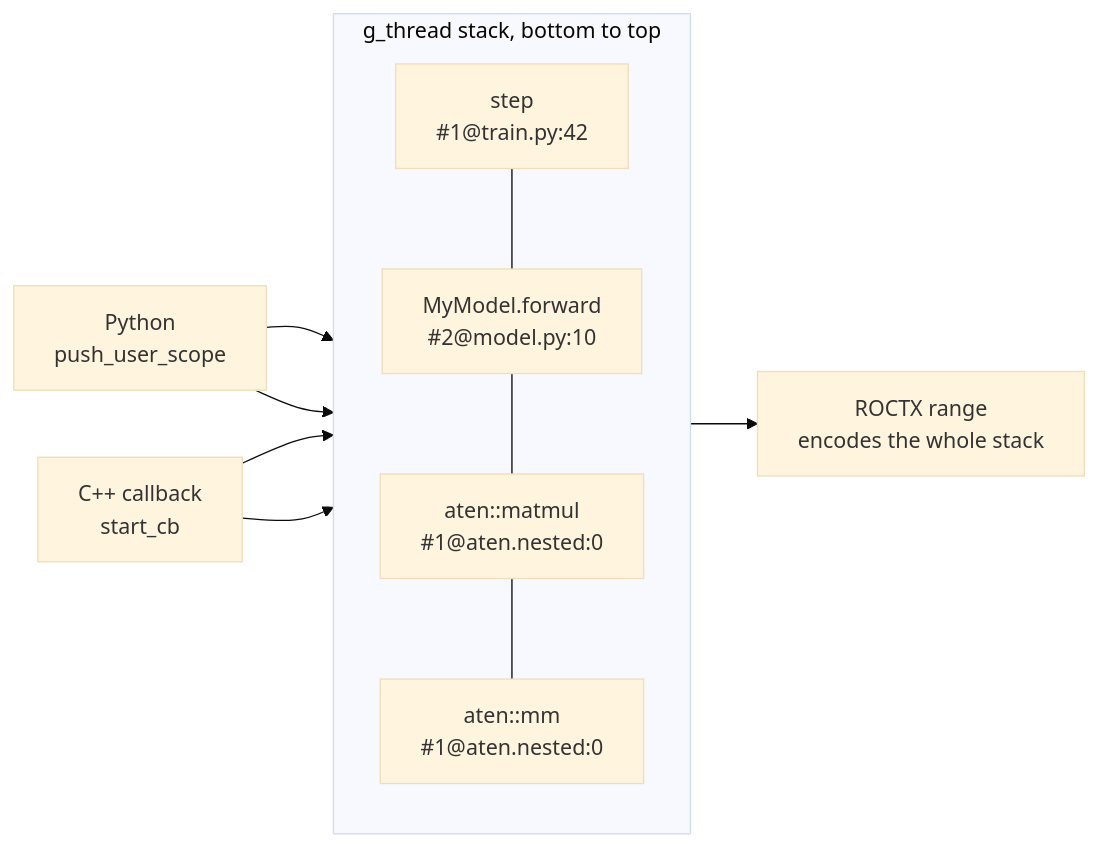
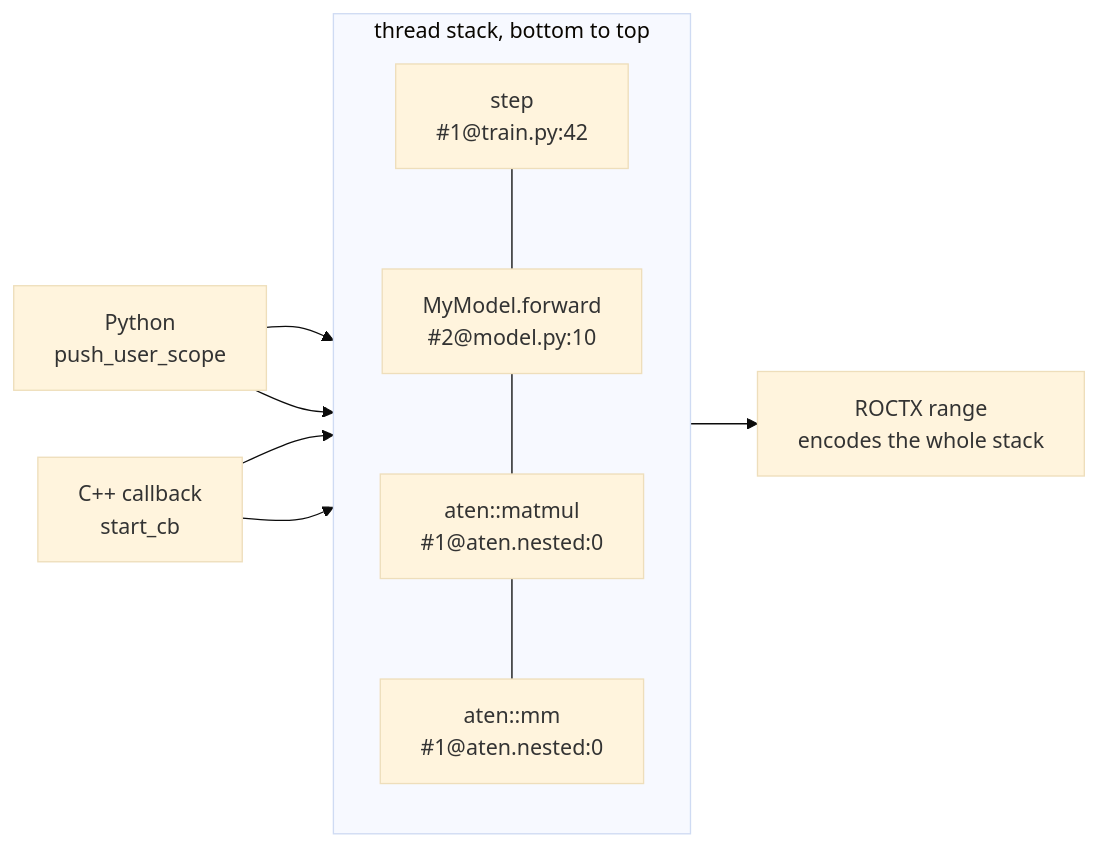
The sixth of 8 diagrams in projects/rocprofiler-compute/docs/design/lld-torch-trace-collector.md (ROCm/rocm-systems), drawn with Mermaid (base theme) before and after one commit. The commit also changed other lines of this file and 1 other file, not shown here.

````diff
--- a/projects/rocprofiler-compute/docs/design/lld-torch-trace-collector.md
+++ b/projects/rocprofiler-compute/docs/design/lld-torch-trace-collector.md
@@ -264,20 +274,20 @@
 ```mermaid
 flowchart LR
     py["Python<br/>push_user_scope"]
     cb["C++ callback<br/>start_cb"]
 
-    subgraph stk["g_thread stack, bottom to top"]
+    subgraph stk["thread stack, bottom to top"]
         direction TB
         f1["step<br/>#1@train.py:42"]
         f2["MyModel.forward<br/>#2@model.py:10"]
         f3["aten::matmul<br/>#1@aten.nested:0"]
         f4["aten::mm<br/>#1@aten.nested:0"]
         f1 --- f2 --- f3 --- f4
     end
 
     py --> f1
     py --> f2
     cb --> f3
     cb --> f4
     f4 --> rx["ROCTX range<br/>encodes the whole stack"]
 ```
````
